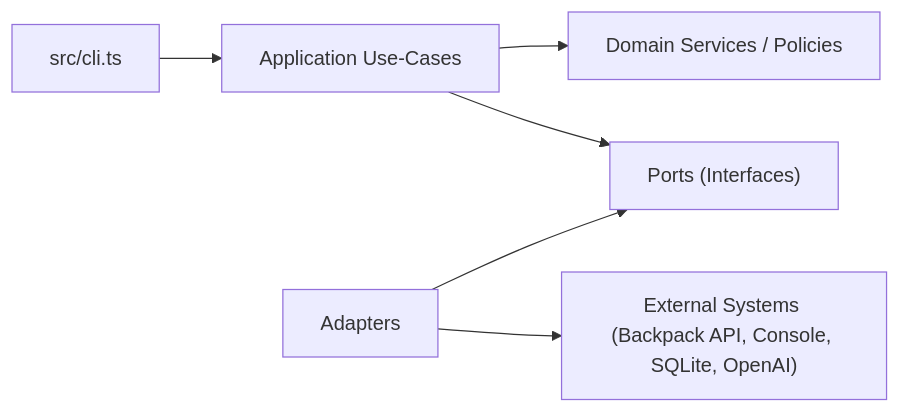
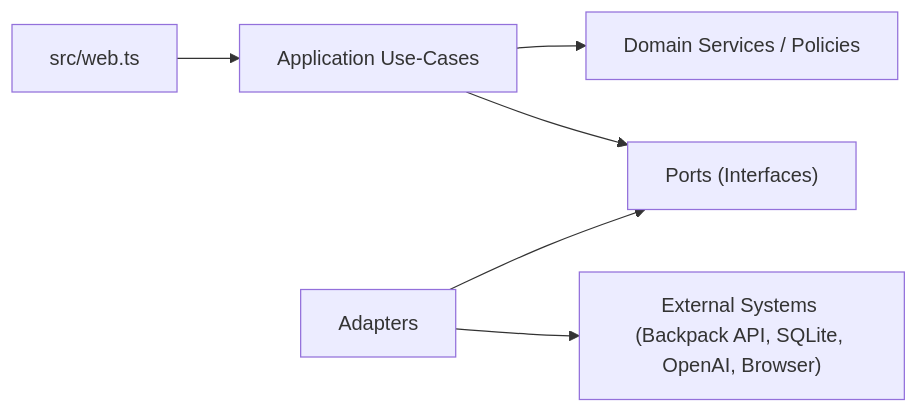
Before and after one commit to boristhecat/miau: the diagram in docs/ARCHITECTURE.md, drawn with Mermaid. The commit also changed other lines of this file and 23 other files, not shown here.

Commit message:
Remove CLI runtime and make app web-only

````diff
--- a/docs/ARCHITECTURE.md
+++ b/docs/ARCHITECTURE.md
@@ -155,8 +144,8 @@
 ```mermaid
 flowchart LR
-  CLI["src/cli.ts"] --> APP["Application Use-Cases"]
+  WEB["src/web.ts"] --> APP["Application Use-Cases"]
   APP --> DOMAIN["Domain Services / Policies"]
   APP --> PORTS["Ports (Interfaces)"]
   ADAPTERS["Adapters"] --> PORTS
-  ADAPTERS --> EXT["External Systems (Backpack API, Console, SQLite, OpenAI)"]
+  ADAPTERS --> EXT["External Systems (Backpack API, SQLite, OpenAI, Browser)"]
 ```
````
